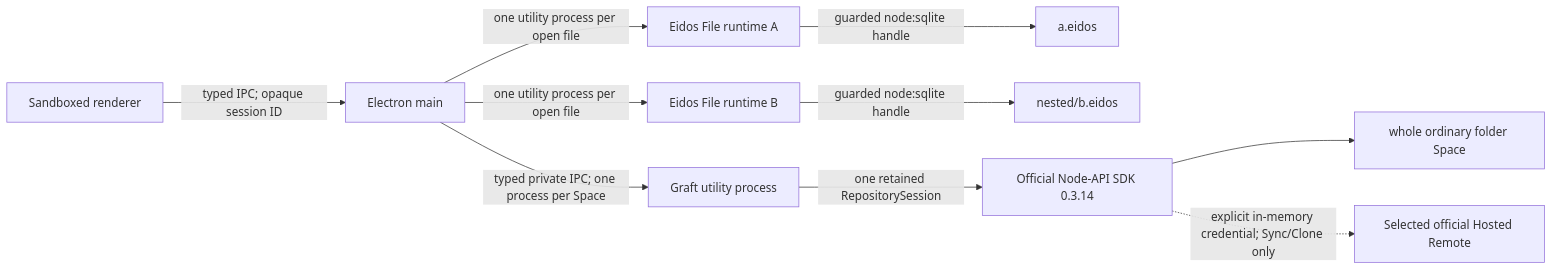
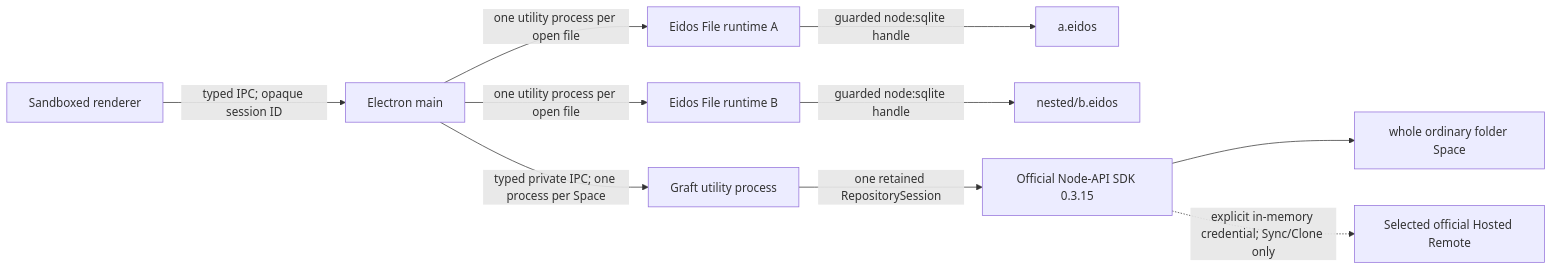
One commit to mayneyao/eidos changed the first of 3 diagrams in apps/eidos-lite-desktop/docs/ARCHITECTURE.md. Above: the diagram before and after it, drawn with Mermaid. The commit also changed other lines of this file and 11 other files, not shown here.

````diff
--- a/apps/eidos-lite-desktop/docs/ARCHITECTURE.md
+++ b/apps/eidos-lite-desktop/docs/ARCHITECTURE.md
@@ -58,12 +58,12 @@
 ```mermaid
 flowchart LR
   R["Sandboxed renderer"] -->|"typed IPC; opaque session ID"| M["Electron main"]
   M -->|"one utility process per open file"| F1["Eidos File runtime A"]
   M -->|"one utility process per open file"| F2["Eidos File runtime B"]
   F1 -->|"guarded node:sqlite handle"| E1["a.eidos"]
   F2 -->|"guarded node:sqlite handle"| E2["nested/b.eidos"]
   M -->|"typed private IPC; one process per Space"| G["Graft utility process"]
-  G -->|"one retained RepositorySession"| N["Official Node-API SDK 0.3.14"]
+  G -->|"one retained RepositorySession"| N["Official Node-API SDK 0.3.15"]
   N --> S["whole ordinary folder Space"]
   N -. "explicit in-memory credential; Sync/Clone only" .-> H["Selected official Hosted Remote"]
 ```
````
